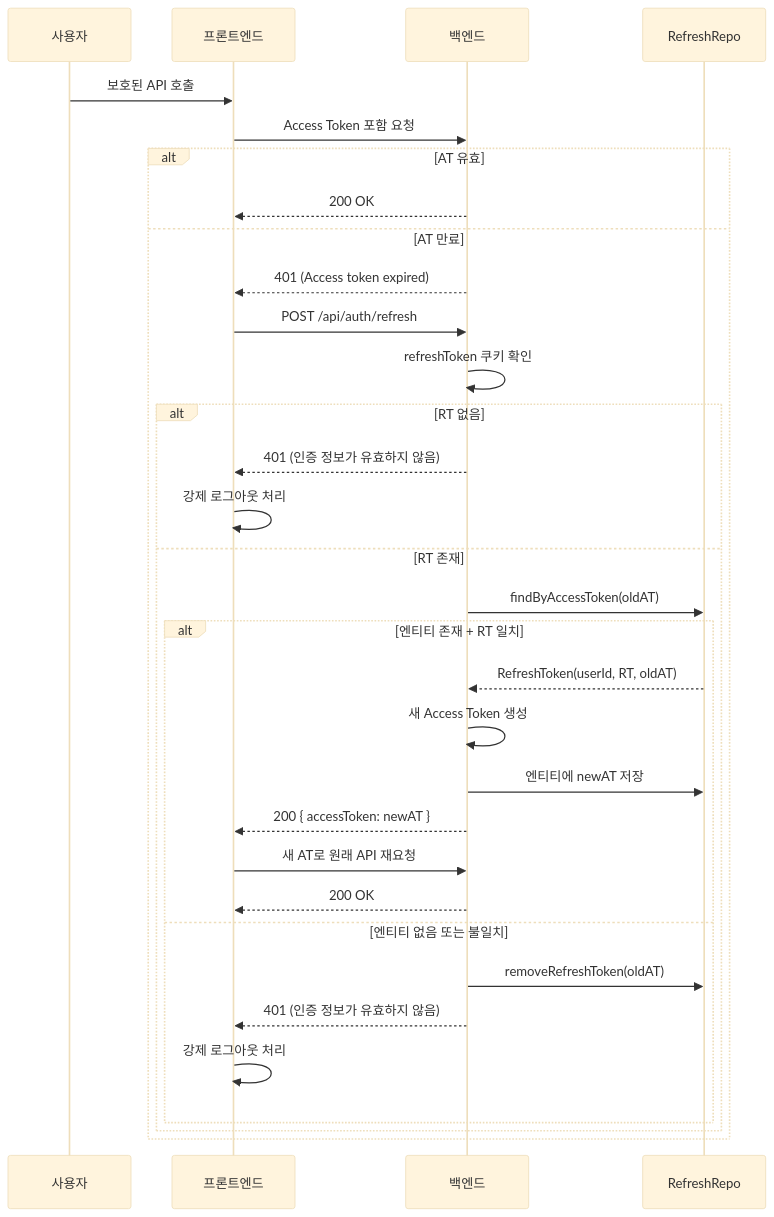
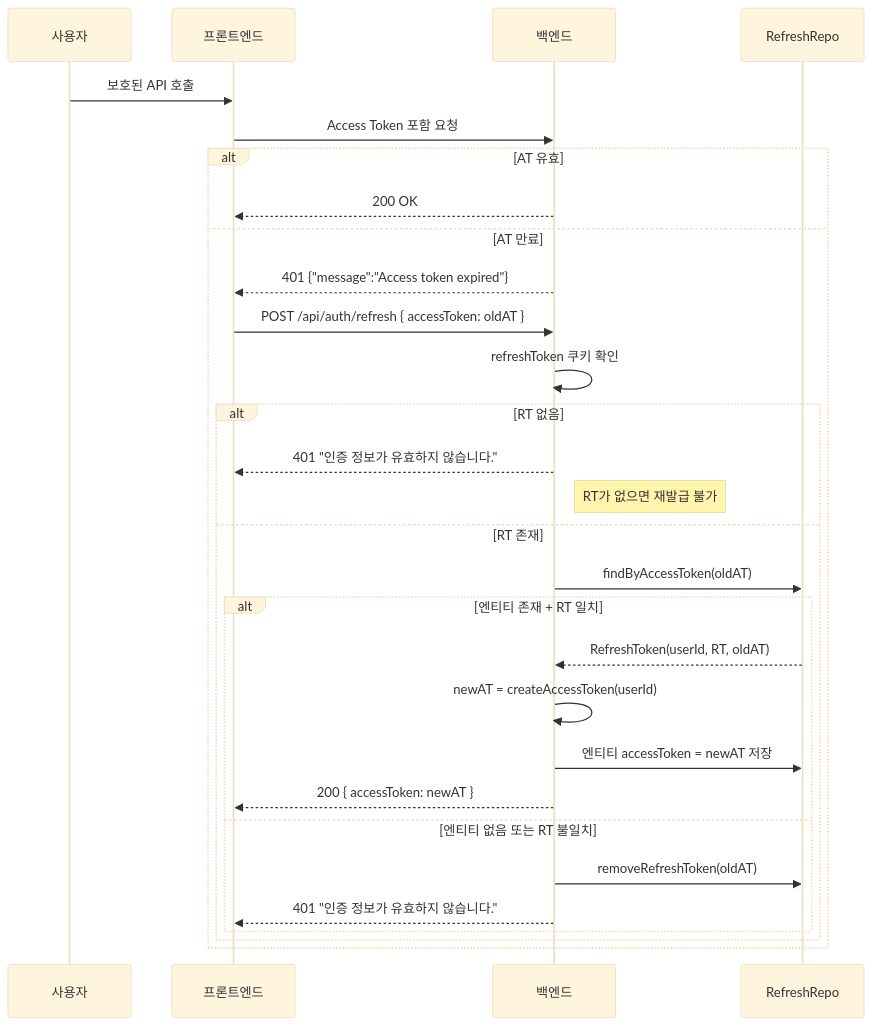
Before and after one commit to monancho/mindmate-docs12: the second of 2 diagrams in docs/member/auth-jwt.md, drawn with Mermaid (base theme). The commit also changed other lines of this file and 4 other files, not shown here.

````diff
--- a/docs/member/auth-jwt.md
+++ b/docs/member/auth-jwt.md
@@ -127,40 +150,35 @@
 ```mermaid
 sequenceDiagram
     participant User as 사용자
     participant FE as 프론트엔드
     participant BE as 백엔드
     participant R as RefreshRepo
 
     User ->> FE: 보호된 API 호출
     FE ->> BE: Access Token 포함 요청
 
     alt AT 유효
         BE -->> FE: 200 OK
     else AT 만료
-        BE -->> FE: 401 (Access token expired)
+        BE -->> FE: 401 {"message":"Access token expired"}
 
-        FE ->> BE: POST /api/auth/refresh
+        FE ->> BE: POST /api/auth/refresh { accessToken: oldAT }
         BE ->> BE: refreshToken 쿠키 확인
 
         alt RT 없음
-            BE -->> FE: 401 (인증 정보가 유효하지 않음)
-            FE ->> FE: 강제 로그아웃 처리
+            BE -->> FE: 401 "인증 정보가 유효하지 않습니다."
+            note right of BE: RT가 없으면 재발급 불가
         else RT 존재
             BE ->> R: findByAccessToken(oldAT)
             alt 엔티티 존재 + RT 일치
                 R -->> BE: RefreshToken(userId, RT, oldAT)
-                BE ->> BE: 새 Access Token 생성
-                BE ->> R: 엔티티에 newAT 저장
+                BE ->> BE: newAT = createAccessToken(userId)
+                BE ->> R: 엔티티 accessToken = newAT 저장
                 BE -->> FE: 200 { accessToken: newAT }
-                FE ->> BE: 새 AT로 원래 API 재요청
-                BE -->> FE: 200 OK
-            else 엔티티 없음 또는 불일치
+            else 엔티티 없음 또는 RT 불일치
                 BE ->> R: removeRefreshToken(oldAT)
-                BE -->> FE: 401 (인증 정보가 유효하지 않음)
-                FE ->> FE: 강제 로그아웃 처리
+                BE -->> FE: 401 "인증 정보가 유효하지 않습니다."
             end
         end
     end
-
-
 ```
````
